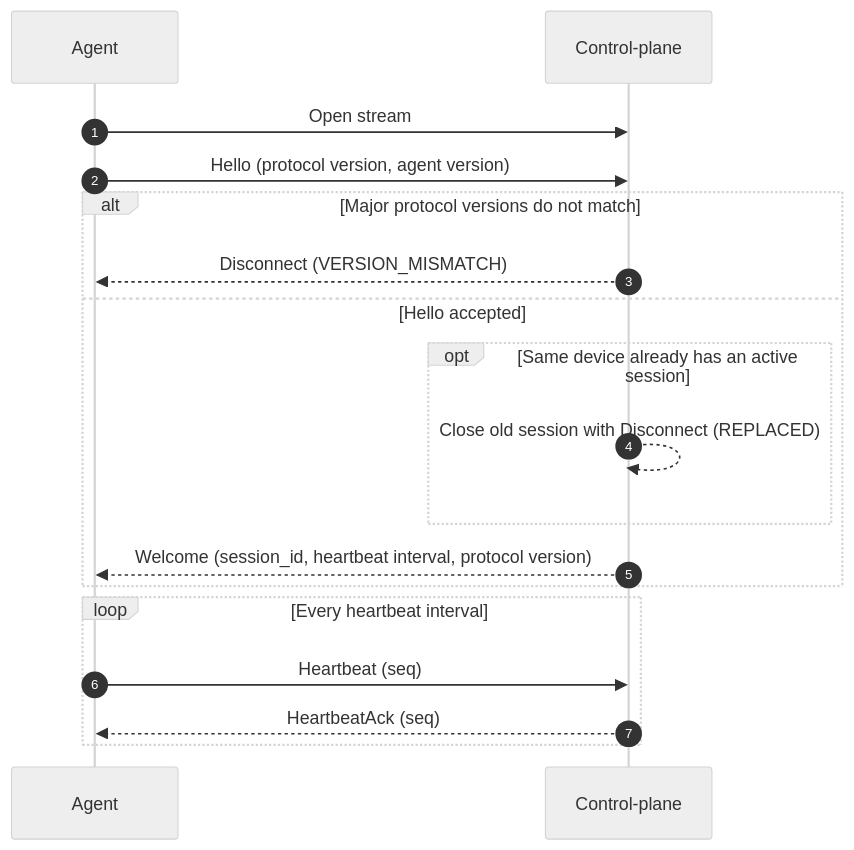
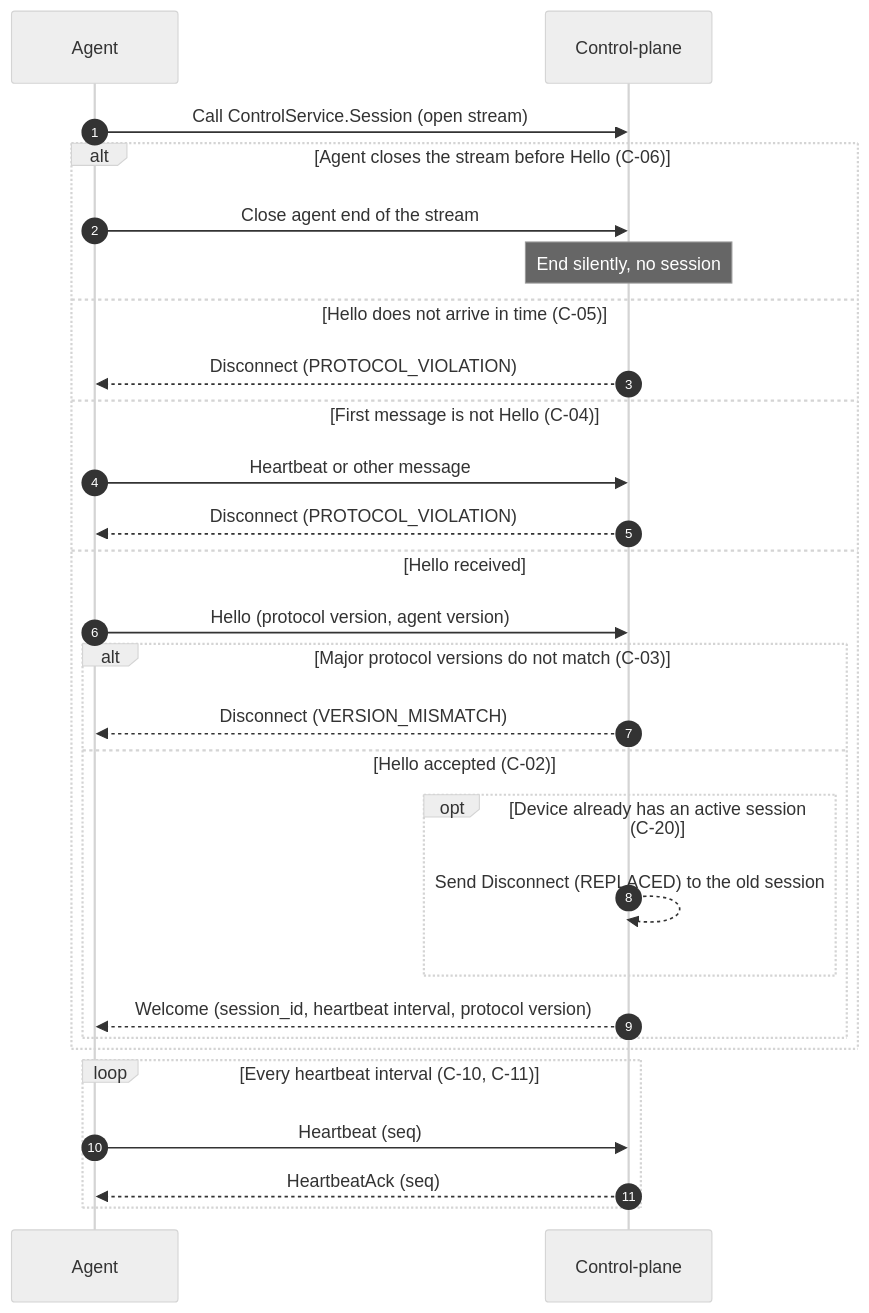
Before and after one commit to GrandAdmiralBee/fleetwatch: the first of 4 diagrams in docs/src/architecture/03-agent-protocol.md, drawn with Mermaid (neutral theme). The commit also changed other lines of this file, not shown here.

Commit message:
docs: added rules for TDD to follow for protocol

````diff
--- a/docs/src/architecture/03-agent-protocol.md
+++ b/docs/src/architecture/03-agent-protocol.md
@@ -25,23 +108,33 @@
 ```mermaid
 sequenceDiagram
     autonumber
     participant A as Agent
     participant C as Control-plane
 
-    A->>C: Open stream
-    A->>C: Hello (protocol version, agent version)
+    A->>C: Call ControlService.Session (open stream)
 
-    alt Major protocol versions do not match
-        C-->>A: Disconnect (VERSION_MISMATCH)
-    else Hello accepted
-        opt Same device already has an active session
-            C-->>C: Close old session with Disconnect (REPLACED)
+    alt Agent closes the stream before Hello (C-06)
+        A->>C: Close agent end of the stream
+        Note over C: End silently, no session
+    else Hello does not arrive in time (C-05)
+        C-->>A: Disconnect (PROTOCOL_VIOLATION)
+    else First message is not Hello (C-04)
+        A->>C: Heartbeat or other message
+        C-->>A: Disconnect (PROTOCOL_VIOLATION)
+    else Hello received
+        A->>C: Hello (protocol version, agent version)
+        alt Major protocol versions do not match (C-03)
+            C-->>A: Disconnect (VERSION_MISMATCH)
+        else Hello accepted (C-02)
+            opt Device already has an active session (C-20)
+                C-->>C: Send Disconnect (REPLACED) to the old session
+            end
+            C-->>A: Welcome (session_id, heartbeat interval, protocol version)
         end
-        C-->>A: Welcome (session_id, heartbeat interval, protocol version)
     end
 
-    loop Every heartbeat interval
+    loop Every heartbeat interval (C-10, C-11)
         A->>C: Heartbeat (seq)
         C-->>A: HeartbeatAck (seq)
     end
 ```
````
